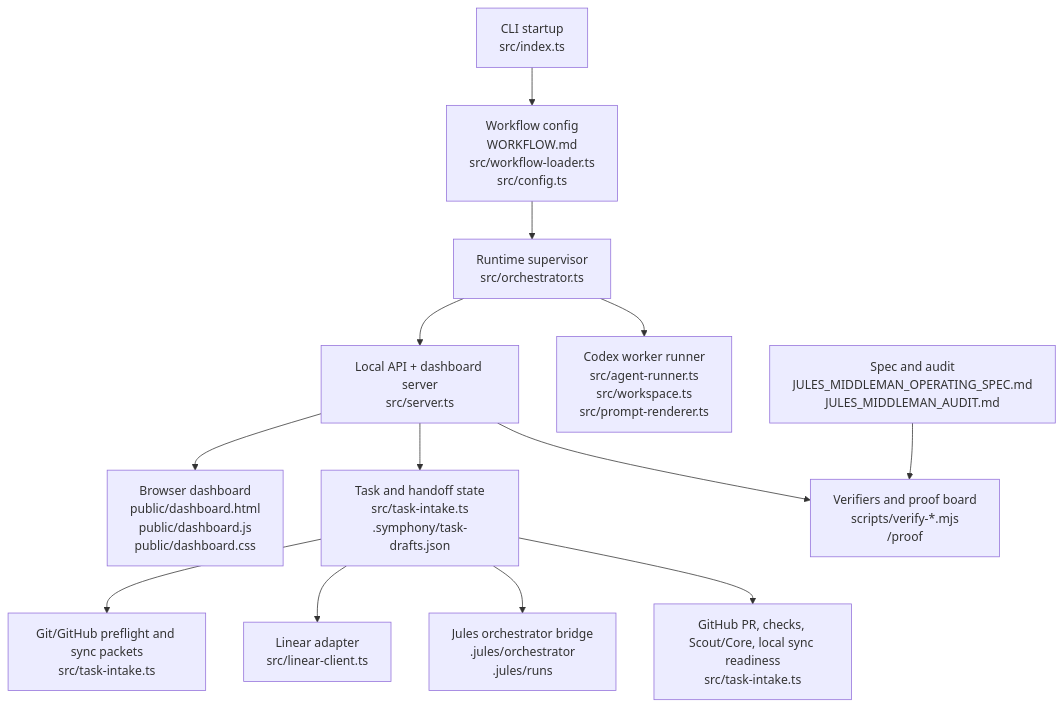
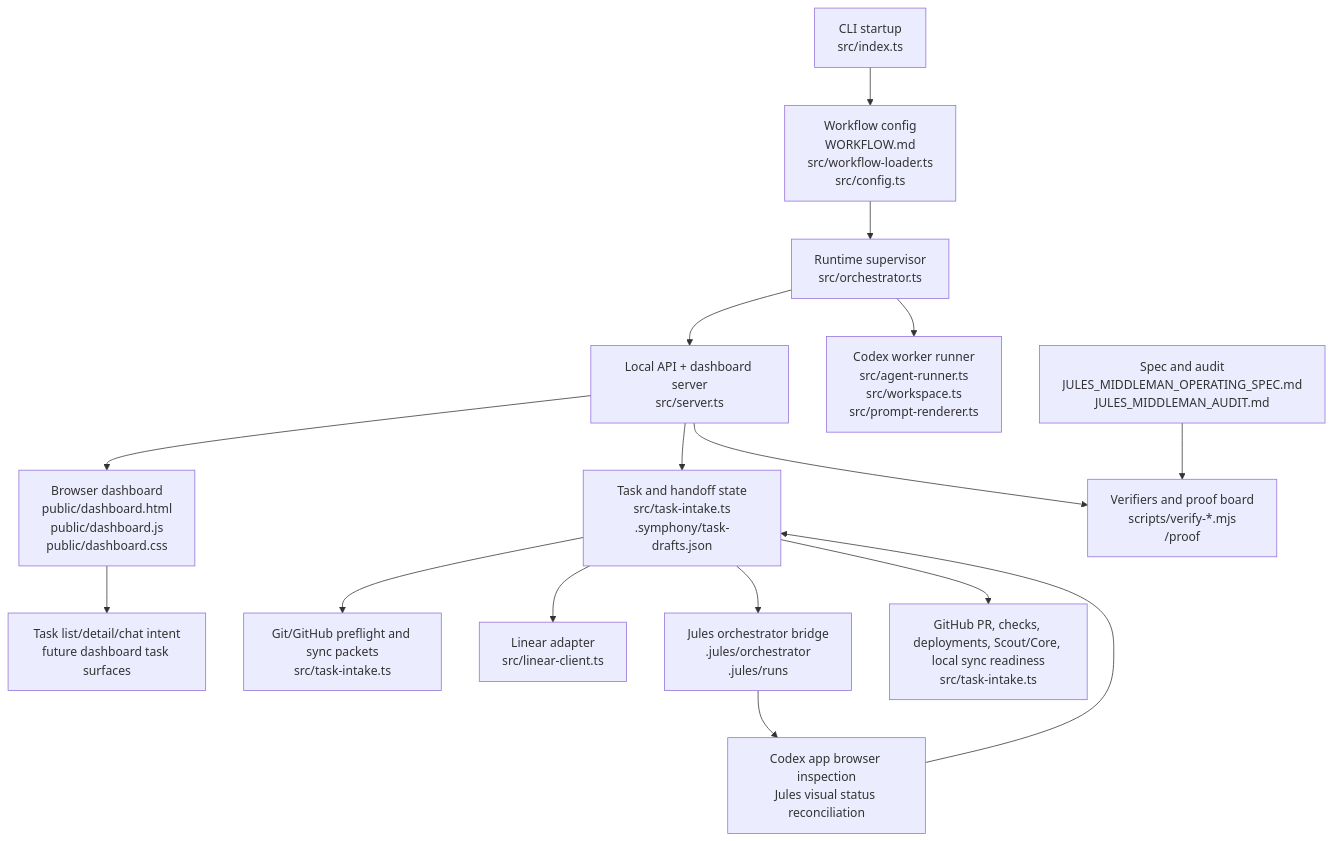
The diagram in conductor/symphony/docs/SYMPHONY_MIDDLEMAN_ARCHITECTURE.md (Gambitnl/Aralia), drawn with Mermaid before and after one commit. The commit also changed other lines of this file and 30 other files, not shown here.

````diff
--- a/conductor/symphony/docs/SYMPHONY_MIDDLEMAN_ARCHITECTURE.md
+++ b/conductor/symphony/docs/SYMPHONY_MIDDLEMAN_ARCHITECTURE.md
@@ -19,29 +19,34 @@
 ```mermaid
 flowchart TD
   CLI["CLI startup\nsrc/index.ts"]
   Workflow["Workflow config\nWORKFLOW.md\nsrc/workflow-loader.ts\nsrc/config.ts"]
   Orchestrator["Runtime supervisor\nsrc/orchestrator.ts"]
   Server["Local API + dashboard server\nsrc/server.ts"]
   Dashboard["Browser dashboard\npublic/dashboard.html\npublic/dashboard.js\npublic/dashboard.css"]
+  TaskView["Task list/detail/chat intent\nfuture dashboard task surfaces"]
   TaskStore["Task and handoff state\nsrc/task-intake.ts\n.symphony/task-drafts.json"]
   Git["Git/GitHub preflight and sync packets\nsrc/task-intake.ts"]
   Linear["Linear adapter\nsrc/linear-client.ts"]
   Jules["Jules orchestrator bridge\n.jules/orchestrator\n.jules/runs"]
-  PR["GitHub PR, checks, Scout/Core, local sync readiness\nsrc/task-intake.ts"]
+  PR["GitHub PR, checks, deployments, Scout/Core, local sync readiness\nsrc/task-intake.ts"]
+  Browser["Codex app browser inspection\nJules visual status reconciliation"]
   Worker["Codex worker runner\nsrc/agent-runner.ts\nsrc/workspace.ts\nsrc/prompt-renderer.ts"]
   Proof["Verifiers and proof board\nscripts/verify-*.mjs\n/proof"]
   Docs["Spec and audit\nJULES_MIDDLEMAN_OPERATING_SPEC.md\nJULES_MIDDLEMAN_AUDIT.md"]
 
   CLI --> Workflow
   Workflow --> Orchestrator
   Orchestrator --> Server
   Server --> Dashboard
+  Dashboard --> TaskView
   Server --> TaskStore
   TaskStore --> Git
   TaskStore --> Linear
   TaskStore --> Jules
   TaskStore --> PR
+  Jules --> Browser
+  Browser --> TaskStore
   Orchestrator --> Worker
   Server --> Proof
   Docs --> Proof
 ```
````
